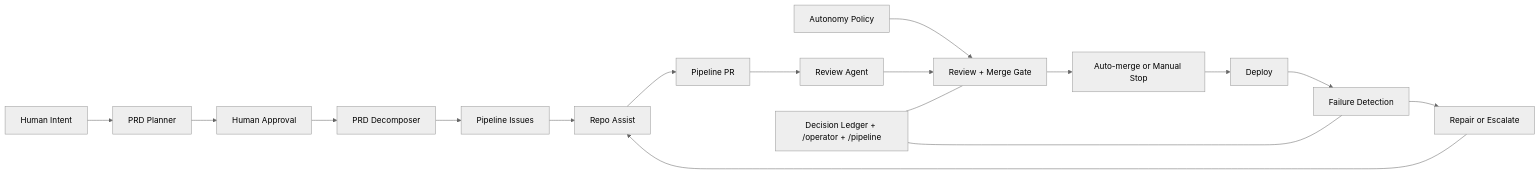
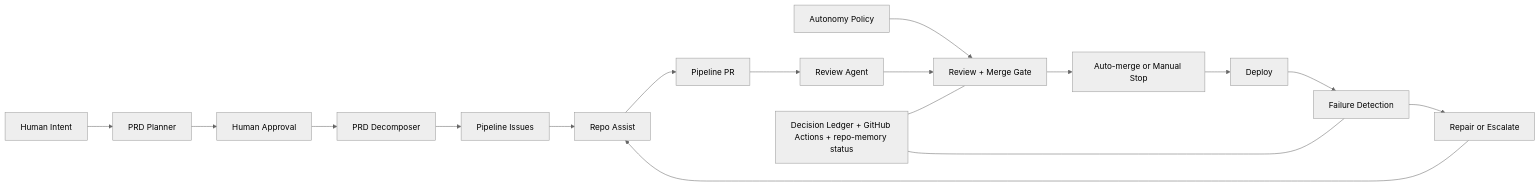
Before and after one commit to samuelkahessay/prd-to-prod-template: the diagram in docs/ARCHITECTURE.md, drawn with Mermaid (neutral theme). The commit also changed other lines of this file and 37 other files, not shown here.

````diff
--- a/docs/ARCHITECTURE.md
+++ b/docs/ARCHITECTURE.md
@@ -98,19 +98,19 @@
 ```mermaid
 flowchart LR
   H["Human Intent"] --> PL["PRD Planner"]
   PL --> AP["Human Approval"]
   AP --> D["PRD Decomposer"]
   P["Autonomy Policy"] --> G["Review + Merge Gate"]
   D --> I["Pipeline Issues"]
   I --> A["Repo Assist"]
   A --> PR["Pipeline PR"]
   PR --> R["Review Agent"]
   R --> G
   G --> M["Auto-merge or Manual Stop"]
   M --> S["Deploy"]
   S --> F["Failure Detection"]
   F --> X["Repair or Escalate"]
   X --> A
-  O["Decision Ledger + /operator + /pipeline"] --- G
+  O["Decision Ledger + GitHub Actions + repo-memory status"] --- G
   O --- F
 ```
````
